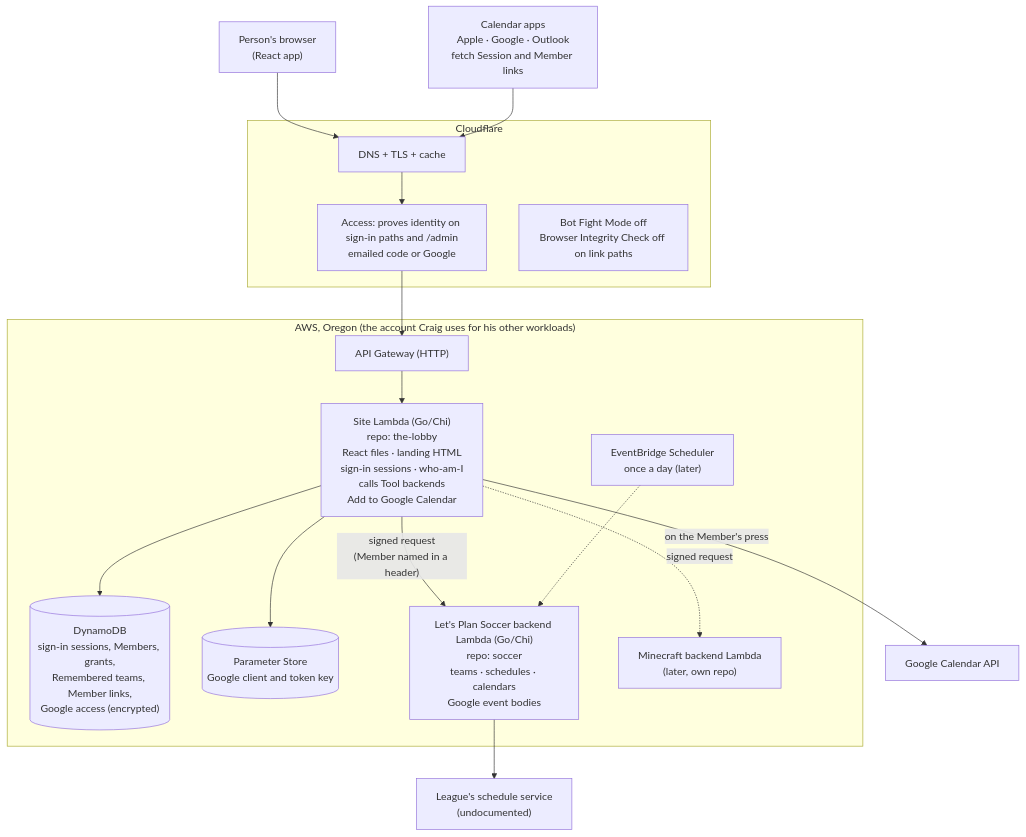
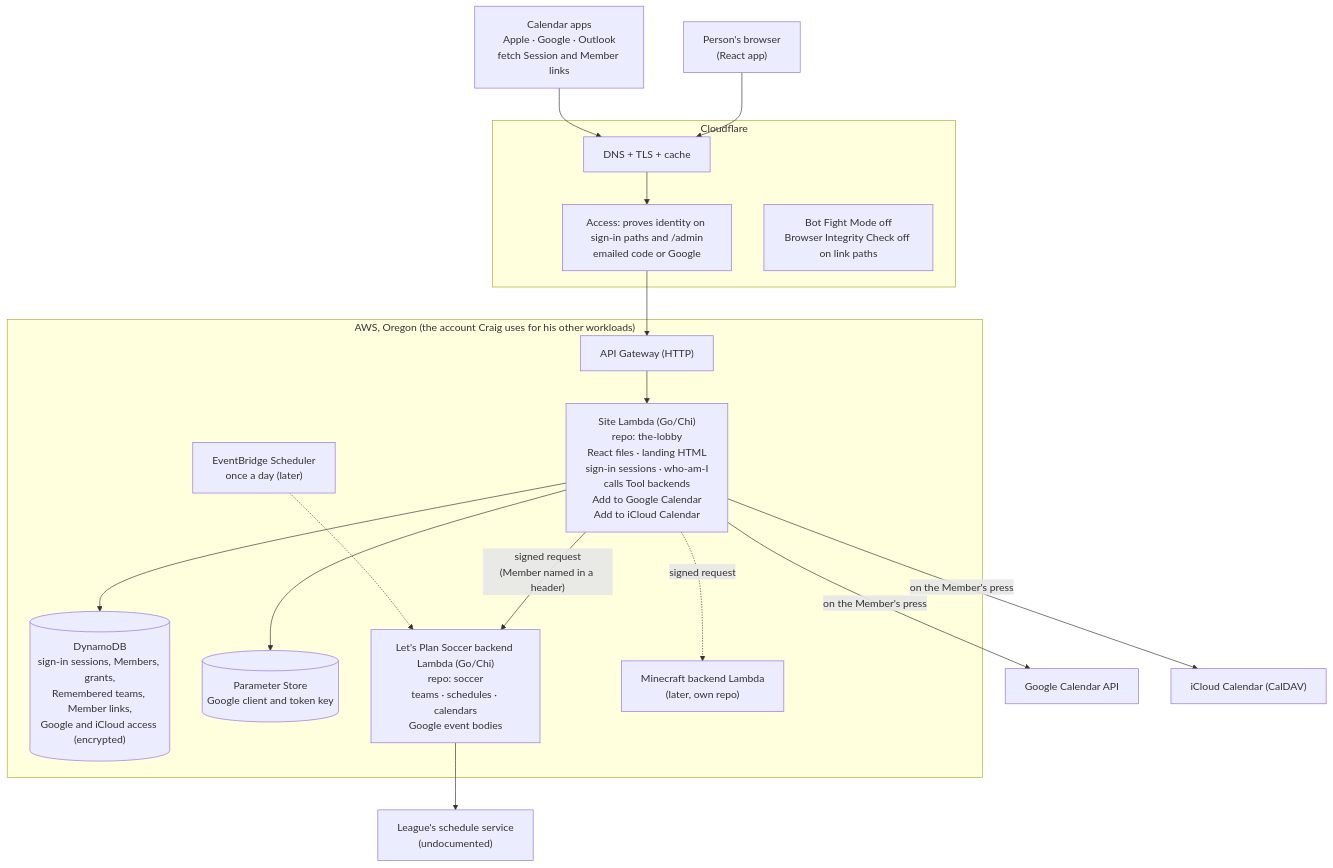
The second of 3 diagrams in docs/infrastructure.md (CraigDevJohnson/the-lobby), drawn with Mermaid before and after one commit. The commit also changed other lines of this file and 28 other files, not shown here.

First line of the commit message:
Add games to a Member's iCloud calendar on Let's Plan Soccer (#93)

````diff
--- a/docs/infrastructure.md
+++ b/docs/infrastructure.md
@@ -34,34 +34,36 @@
 ```mermaid
 flowchart TB
     person["Person's browser<br/>(React app)"]
     calapps["Calendar apps<br/>Apple · Google · Outlook<br/>fetch Session and Member links"]
 
     subgraph cf["Cloudflare"]
         dns["DNS + TLS + cache"]
         acc["Access: proves identity on sign-in paths and /admin<br/>emailed code or Google"]
         bots["Bot Fight Mode off<br/>Browser Integrity Check off on link paths"]
     end
 
     subgraph aws["AWS, Oregon (the account Craig uses for his other workloads)"]
         apigw["API Gateway (HTTP)"]
-        site["Site Lambda (Go/Chi)<br/>repo: the-lobby<br/>React files · landing HTML<br/>sign-in sessions · who-am-I<br/>calls Tool backends<br/>Add to Google Calendar"]
-        siteDb[("DynamoDB<br/>sign-in sessions, Members, grants,<br/>Remembered teams, Member links,<br/>Google access (encrypted)")]
+        site["Site Lambda (Go/Chi)<br/>repo: the-lobby<br/>React files · landing HTML<br/>sign-in sessions · who-am-I<br/>calls Tool backends<br/>Add to Google Calendar<br/>Add to iCloud Calendar"]
+        siteDb[("DynamoDB<br/>sign-in sessions, Members, grants,<br/>Remembered teams, Member links,<br/>Google and iCloud access (encrypted)")]
         ssm[("Parameter Store<br/>Google client and token key")]
         soccer["Let's Plan Soccer backend Lambda (Go/Chi)<br/>repo: soccer<br/>teams · schedules · calendars<br/>Google event bodies"]
         sched["EventBridge Scheduler<br/>once a day (later)"]
         mc["Minecraft backend Lambda<br/>(later, own repo)"]
     end
 
     lps["League's schedule service<br/>(undocumented)"]
     google["Google Calendar API"]
+    icloud["iCloud Calendar (CalDAV)"]
 
     person --> dns --> acc --> apigw --> site
     calapps --> dns
     site --> siteDb
     site --> ssm
     site -- "signed request<br/>(Member named in a header)" --> soccer
     site -. "signed request" .-> mc
     site -- "on the Member's press" --> google
+    site -- "on the Member's press" --> icloud
     soccer --> lps
     sched -.-> soccer
 ```
````
